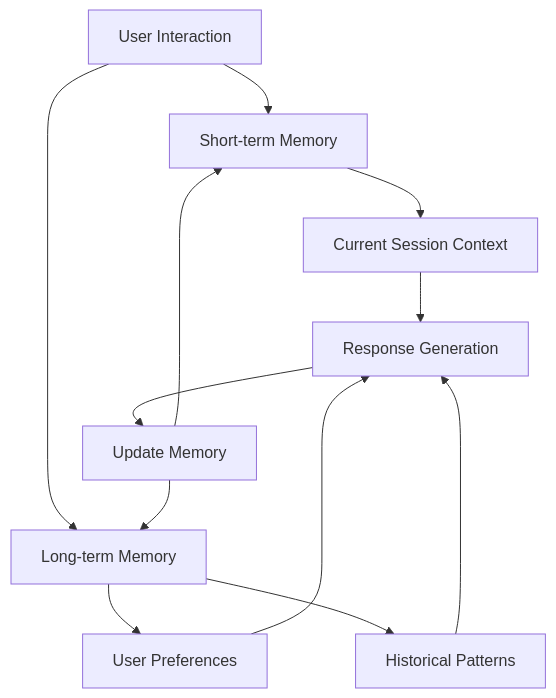
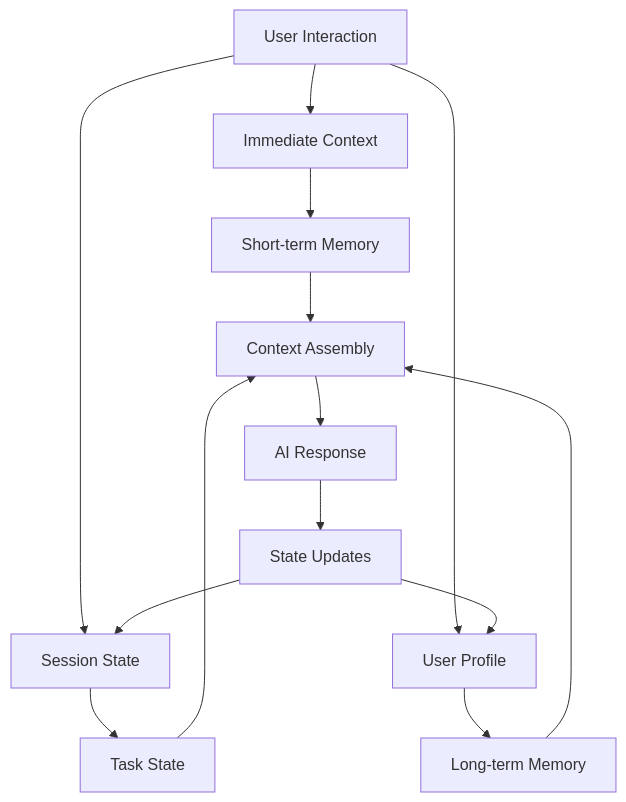
One commit to tikazyq/marvinzhang.dev changed the fourth of 5 diagrams in blog/2025-09-14-context-engineering.mdx. Above: the diagram before and after it, drawn with Mermaid. The commit also changed other lines of this file and 1 other file, not shown here.

Commit message:
Refactor Context Engineering articles in English and Chinese: update quotes, enhance clarity, and improve structure for better readability and coherence. Adjust content to emphasize the holistic approach of context engineering, including dynamic systems, tool selection, and memory management.

````diff
--- a/blog/2025-09-14-context-engineering.mdx
+++ b/blog/2025-09-14-context-engineering.mdx
@@ -108,14 +220,16 @@
 ```mermaid
 graph TD
-    A[User Interaction] --> B[Short-term Memory]
-    A --> C[Long-term Memory]
-    B --> D[Current Session Context]
-    C --> E[User Preferences]
-    C --> F[Historical Patterns]
-    D --> G[Response Generation]
-    E --> G
-    F --> G
-    G --> H[Update Memory]
-    H --> B
-    H --> C
+    A[User Interaction] --> B[Immediate Context]
+    A --> C[Session State]
+    A --> D[User Profile]
+    B --> E[Short-term Memory]
+    C --> F[Task State]
+    D --> G[Long-term Memory]
+    E --> H[Context Assembly]
+    F --> H
+    G --> H
+    H --> I[AI Response]
+    I --> J[State Updates]
+    J --> C
+    J --> D
 ```
````
